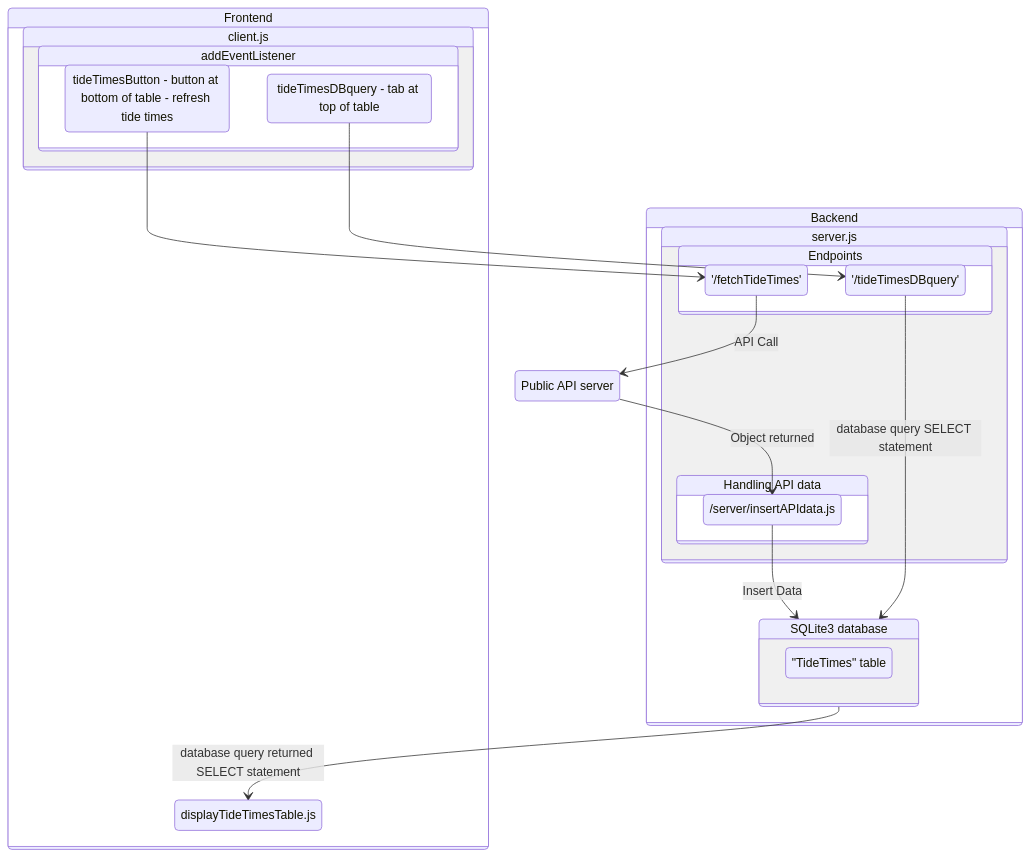
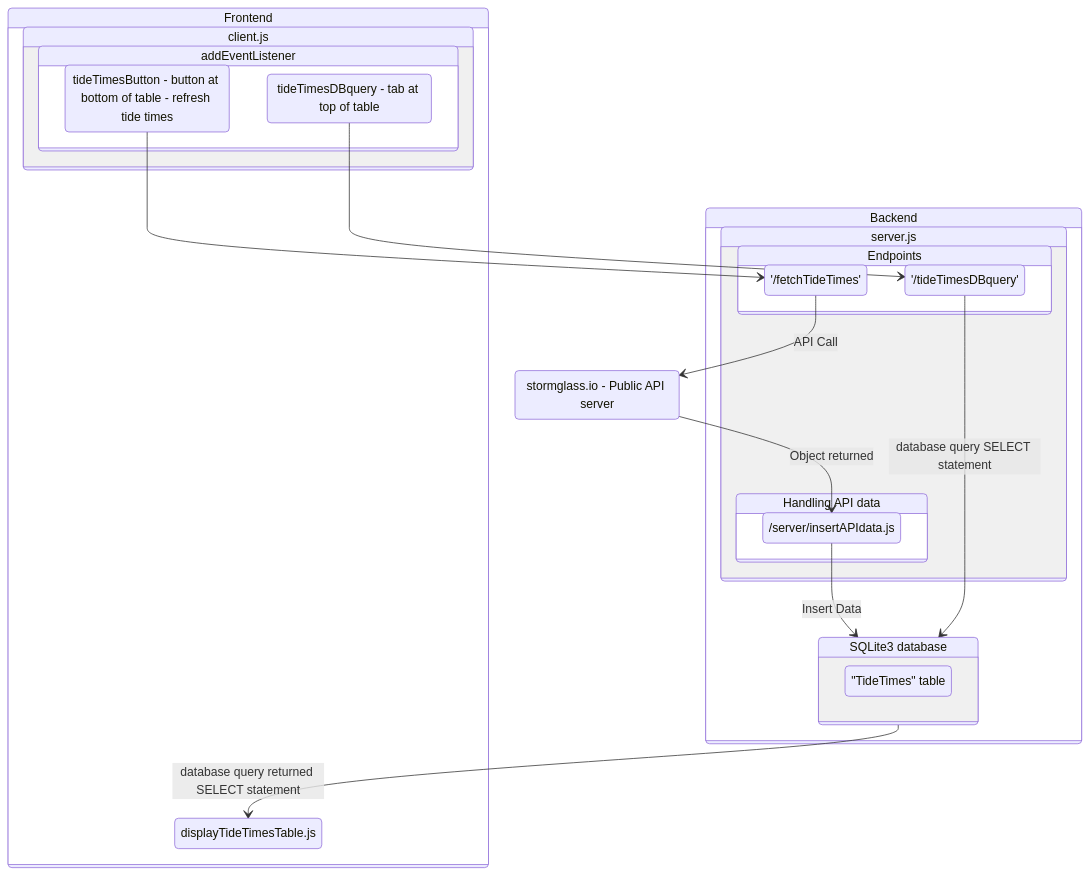
The diagram in README.md (sifr01/glitch-dreams-simple-node-sqlite-00), drawn with Mermaid before and after one commit.

Commit message:
improvements

````diff
--- a/README.md
+++ b/README.md
@@ -5,54 +5,55 @@
 ```mermaid
 stateDiagram-v2
     %%[*] --> Frontend
     %%client.js --> Endpoints
 
     state Frontend {
         state client.js {
             state addEventListener {
             eventListenerA
             eventListenerB
             }
         }
         displayTideTimesTable.js
         
     }
+    
     state Backend {
+        state server.js {
+        state Handling_API_data {
+            /server/insertAPIdata.js
+        }
+        state Endpoints {
+            '/fetchTideTimes'
+            '/tideTimesDBquery'
+            }
+        }
         state SQLite_DB {
             Table
-        }
-        state server.js {
-            state Handling_API_data {
-                /server/insertAPIdata.js
-            }
-            state Endpoints {
-                '/fetchTideTimes'
-                '/tideTimesDBquery'
-            }
         }
     }
   
     eventListenerA --> '/tideTimesDBquery'
     eventListenerB --> '/fetchTideTimes'
     Public_API --> /server/insertAPIdata.js: Object returned
     /server/insertAPIdata.js --> SQLite_DB: Insert Data
     '/fetchTideTimes' --> Public_API: API Call
     '/tideTimesDBquery' --> SQLite_DB: database query SELECT statement
     SQLite_DB --> displayTideTimesTable.js: database query returned SELECT statement
 
     %% Aliases - allows for whitespace
     Handling_API_data: Handling API data
     SQLite_DB: SQLite3 database
-    Public_API: Public API server
+    Public_API: stormglass.io - Public API server
     Table: "TideTimes" table
     eventListenerA: tideTimesDBquery - tab at top of table
     eventListenerB: tideTimesButton - button at bottom of table - refresh tide times
 
     %% Define styles
     %%classDef frontendStyle fill:#f9f,stroke:#333,stroke-width:2px;
     %%classDef backendStyle fill:#bbf,stroke:#333,stroke-width:2px;
 
     %% Apply styles to states
     %%class Frontend frontendStyle;
     %%class Backend backendStyle;
 ```
````
